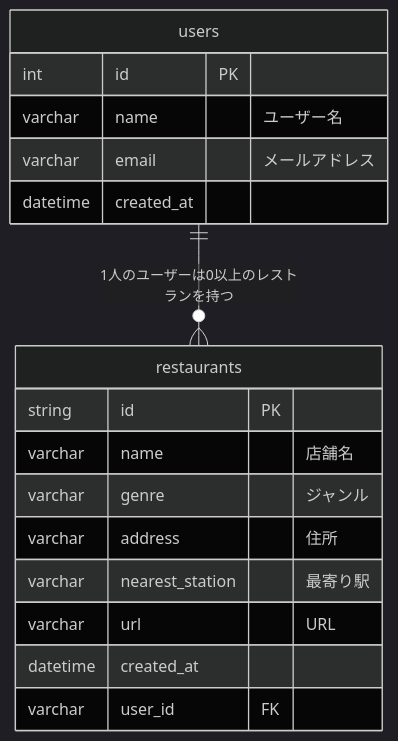
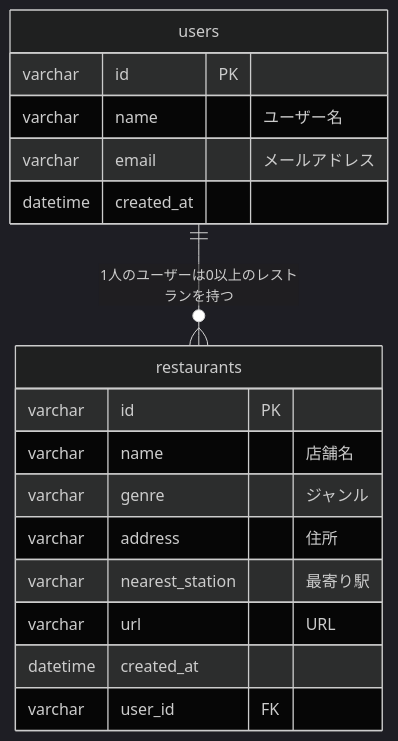
The diagram in docs/db/mermaid.md (taga3s/pecopeco), drawn with Mermaid (dark theme) before and after one commit. The commit also changed 1 other file, not shown here.

Commit message:
fix: dbのスキーマを修正

````diff
--- a/docs/db/mermaid.md
+++ b/docs/db/mermaid.md
@@ -1,20 +1,20 @@
 ```mermaid
 erDiagram
   users {
-    int id PK
+    varchar id PK
     varchar name "ユーザー名"
     varchar email "メールアドレス"
     datetime created_at
   }
   restaurants {
-    string id PK
+    varchar id PK
     varchar name "店舗名"
     varchar genre "ジャンル"
     varchar address "住所"
     varchar nearest_station "最寄り駅"
     varchar url  "URL"
     datetime created_at
     varchar user_id FK
   }
   users ||--o{ restaurants : "1人のユーザーは0以上のレストランを持つ"
 ```
````
